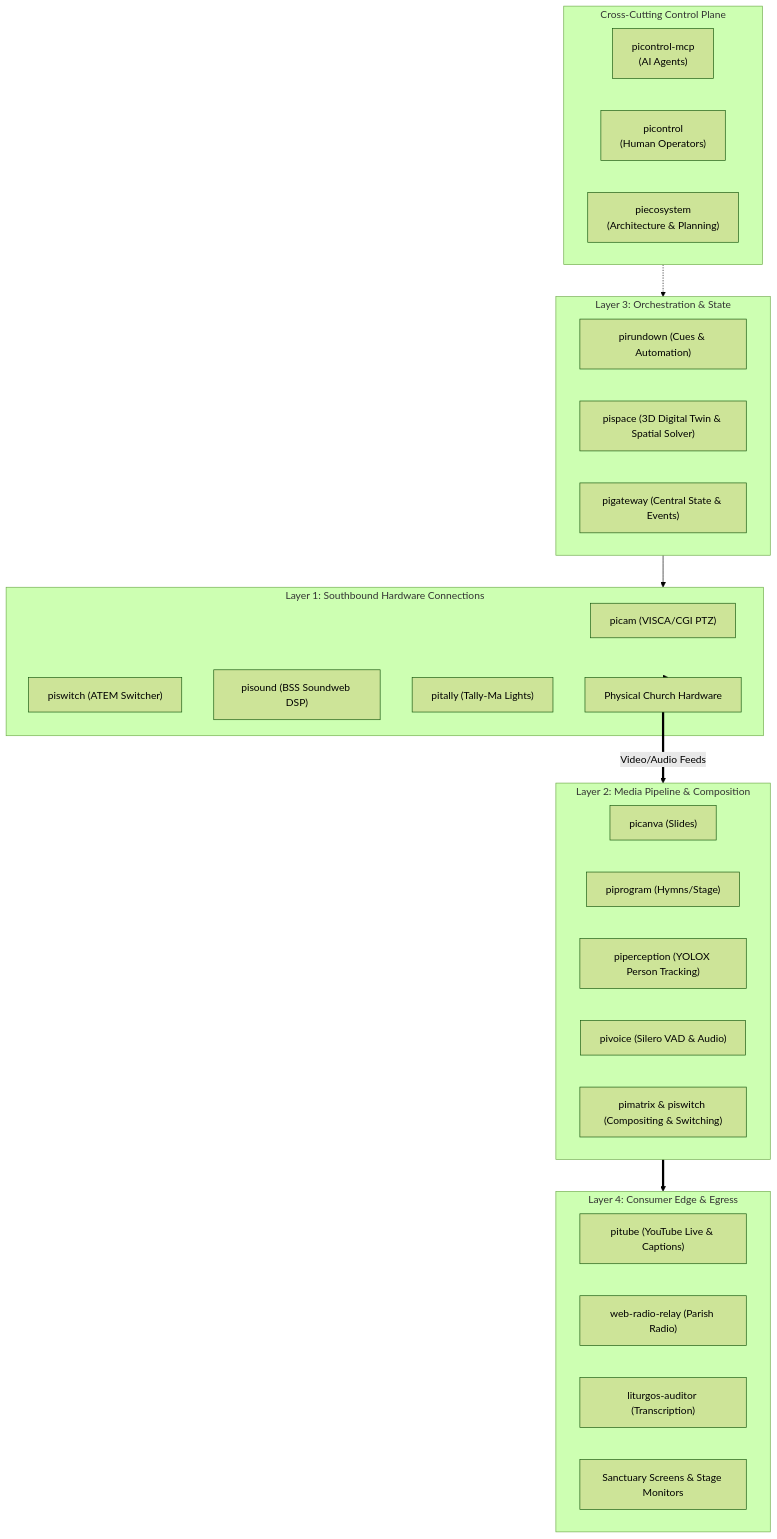
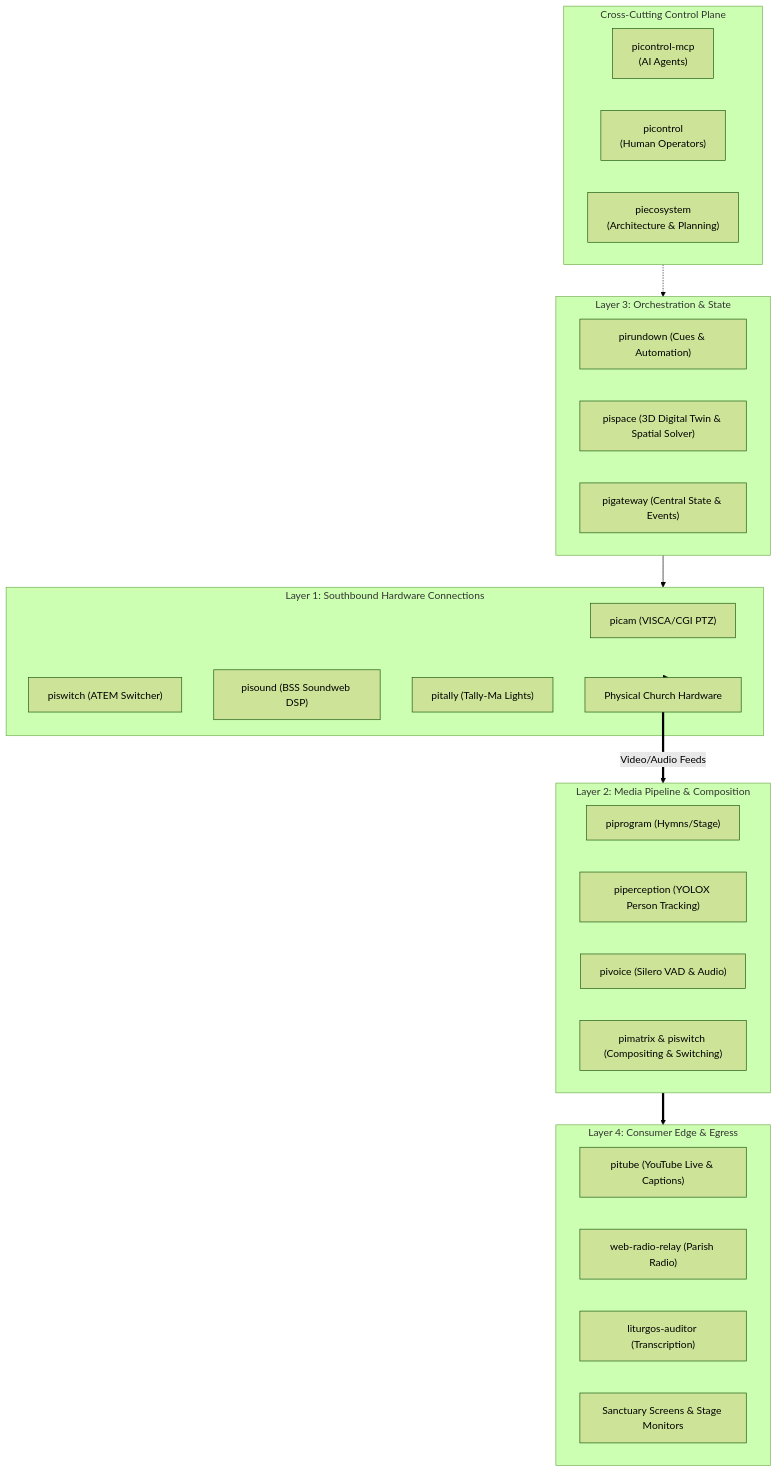
Before and after one commit to jsilvanus/piecosystem: the diagram in README.md, drawn with Mermaid (forest theme). The commit also changed other lines of this file and 6 other files, not shown here.

First line of the commit message:
Rename picanva to canva-pieco-app (#9)

````diff
--- a/README.md
+++ b/README.md
@@ -11,43 +11,42 @@
 ```mermaid
 graph TD
     subgraph CP["Cross-Cutting Control Plane"]
         MCP["picontrol-mcp<br/>(AI Agents)"]
         UI["picontrol<br/>(Human Operators)"]
         ECO["piecosystem<br/>(Architecture & Planning)"]
     end
 
     subgraph L3["Layer 3: Orchestration & State"]
         RUNDOWN["pirundown (Cues & Automation)"]
         SPACE["pispace (3D Digital Twin & Spatial Solver)"]
         GATEWAY["pigateway (Central State & Events)"]
     end
 
     subgraph L2["Layer 2: Media Pipeline & Composition"]
-        CANVA["picanva (Slides)"]
         PGM["piprogram (Hymns/Stage)"]
         PERCEPTION["piperception (YOLOX Person Tracking)"]
         VOICE["pivoice (Silero VAD & Audio)"]
         MATRIX["pimatrix & piswitch (Compositing & Switching)"]
     end
 
     subgraph L1["Layer 1: Southbound Hardware Connections"]
         PICAM["picam (VISCA/CGI PTZ)"]
         PISWITCH["piswitch (ATEM Switcher)"]
         PISOUND["pisound (BSS Soundweb DSP)"]
         PITALLY["pitally (Tally-Ma Lights)"]
         HW["Physical Church Hardware"]
     end
 
     subgraph L4["Layer 4: Consumer Edge & Egress"]
         YT["pitube (YouTube Live & Captions)"]
         RADIO["web-radio-relay (Parish Radio)"]
         AUDITOR["liturgos-auditor (Transcription)"]
         DISPLAYS["Sanctuary Screens & Stage Monitors"]
     end
 
     CP -.-> L3
     L3 --> L1
     L1 --> HW
     HW ==>|Video/Audio Feeds| L2
     L2 ==> L4
 ```
````
